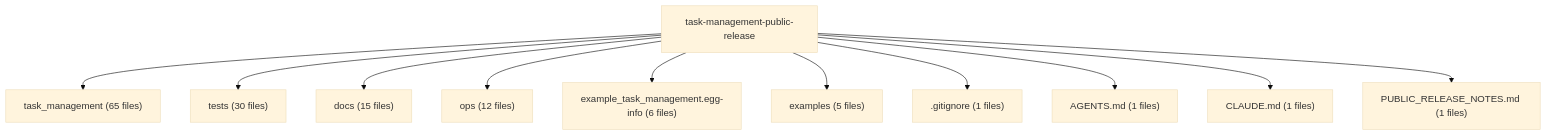
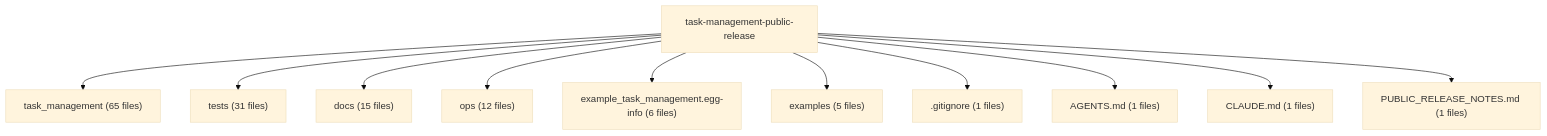
One commit to KOBIC-KBDS/task-management-clean-public changed the diagram in docs/codeboarding/architecture.md. Above: the diagram before and after it, drawn with Mermaid (base theme). The commit also changed other lines of this file and 17 other files, not shown here.

````diff
--- a/docs/codeboarding/architecture.md
+++ b/docs/codeboarding/architecture.md
@@ -9,24 +9,24 @@
 ```mermaid
 flowchart TD
   repo["task-management-public-release"]
   module_task_management["task_management (65 files)"]
   repo --> module_task_management
-  module_tests["tests (30 files)"]
+  module_tests["tests (31 files)"]
   repo --> module_tests
   module_docs["docs (15 files)"]
   repo --> module_docs
   module_ops["ops (12 files)"]
   repo --> module_ops
   module_example_task_management_egg_info["example_task_management.egg-info (6 files)"]
   repo --> module_example_task_management_egg_info
   module_examples["examples (5 files)"]
   repo --> module_examples
   module_gitignore[".gitignore (1 files)"]
   repo --> module_gitignore
   module_AGENTS_md["AGENTS.md (1 files)"]
   repo --> module_AGENTS_md
   module_CLAUDE_md["CLAUDE.md (1 files)"]
   repo --> module_CLAUDE_md
   module_PUBLIC_RELEASE_NOTES_md["PUBLIC_RELEASE_NOTES.md (1 files)"]
   repo --> module_PUBLIC_RELEASE_NOTES_md
 ```
````
